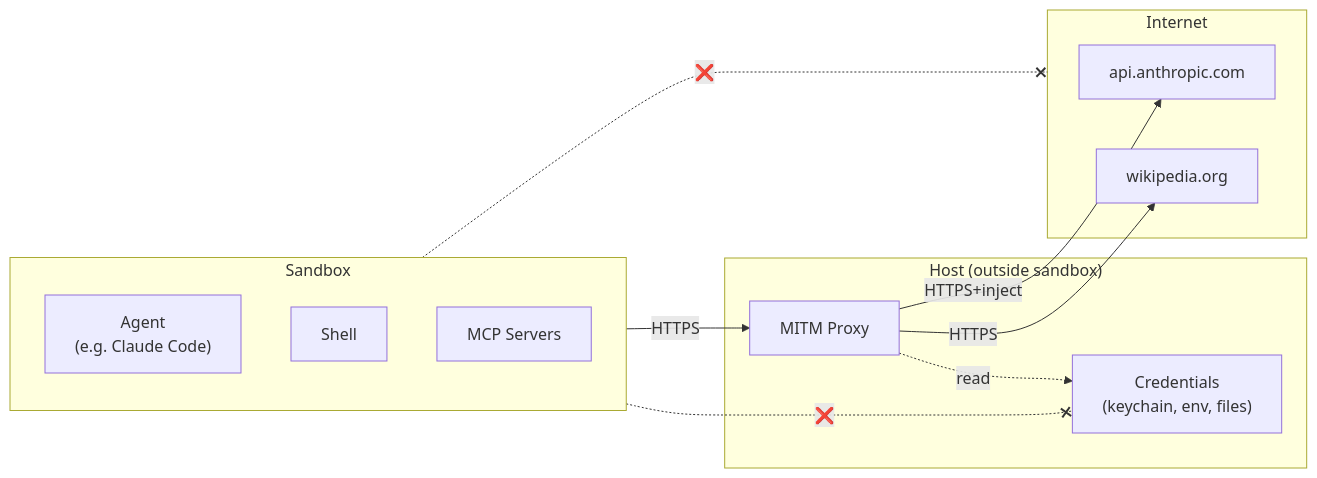
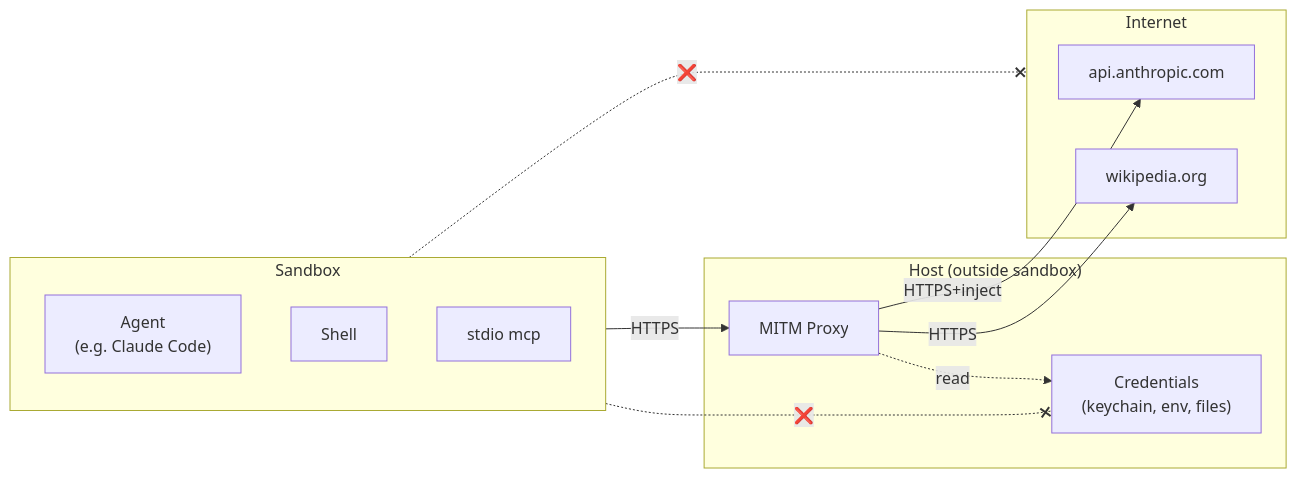
Before and after one commit to thepwagner-org/nix-jail: the first of 3 diagrams in slides.md, drawn with Mermaid.

Commit message:
slides: rename MCP Servers to stdio mcp
🤖 Generated with [Claude Code](https://claude.com/claude-code)

````diff
--- a/slides.md
+++ b/slides.md
@@ -5,26 +5,26 @@
 ```mermaid
 flowchart LR
     subgraph Sandbox
         Agent["Agent<br/>(e.g. Claude Code)"]
         Shell["Shell"]
-        MCP["MCP Servers"]
+        MCP["stdio mcp"]
     end
 
     subgraph Host["Host (outside sandbox)"]
         Proxy["MITM Proxy"]
         Creds["Credentials<br/>(keychain, env, files)"]
     end
 
     subgraph Internet
         Anthropic["api.anthropic.com"]
         Wikipedia["wikipedia.org"]
     end
 
     Sandbox -->|"HTTPS"| Proxy
     Proxy -.->|"read"| Creds
     Proxy -->|"HTTPS+inject"| Anthropic
     Proxy -->|"HTTPS"| Wikipedia
 
     Sandbox -.-x|"❌"| Internet
     Sandbox -.-x|"❌"| Creds
 ```
````
